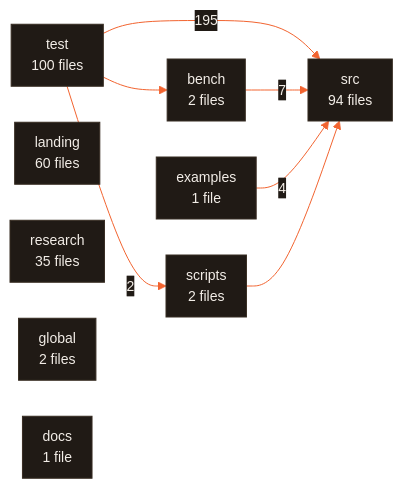
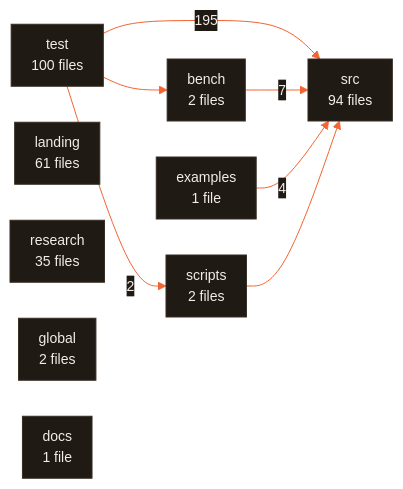
Before and after one commit to CodeWithJuber/forgekit: the fifth of 5 diagrams in ARCHITECTURE.md, drawn with Mermaid. The commit also changed 8 other files, not shown here.

````diff
--- a/ARCHITECTURE.md
+++ b/ARCHITECTURE.md
@@ -552,19 +552,19 @@
 ```mermaid
 %%{init: {'theme':'base','themeVariables':{'primaryColor':'#201a15','primaryTextColor':'#f2ede7','primaryBorderColor':'#372c22','lineColor':'#f26430','secondaryColor':'#272019','tertiaryColor':'#171310','edgeLabelBackground':'#201a15','clusterBkg':'#171310','clusterBorder':'#4a3b2e','fontFamily':'ui-sans-serif, system-ui, sans-serif','fontSize':'14px'},'flowchart':{'curve':'basis','padding':10,'nodeSpacing':36,'rankSpacing':44}}}%%
 flowchart LR
   test["test<br/>100 files"]
   src["src<br/>94 files"]
-  landing["landing<br/>60 files"]
+  landing["landing<br/>61 files"]
   research["research<br/>35 files"]
   bench["bench<br/>2 files"]
   global["global<br/>2 files"]
   scripts["scripts<br/>2 files"]
   docs["docs<br/>1 file"]
   examples["examples<br/>1 file"]
   test -- 195 --> src
   bench -- 7 --> src
   examples -- 4 --> src
   test -- 2 --> scripts
   scripts --> src
   test --> bench
 ```
````
